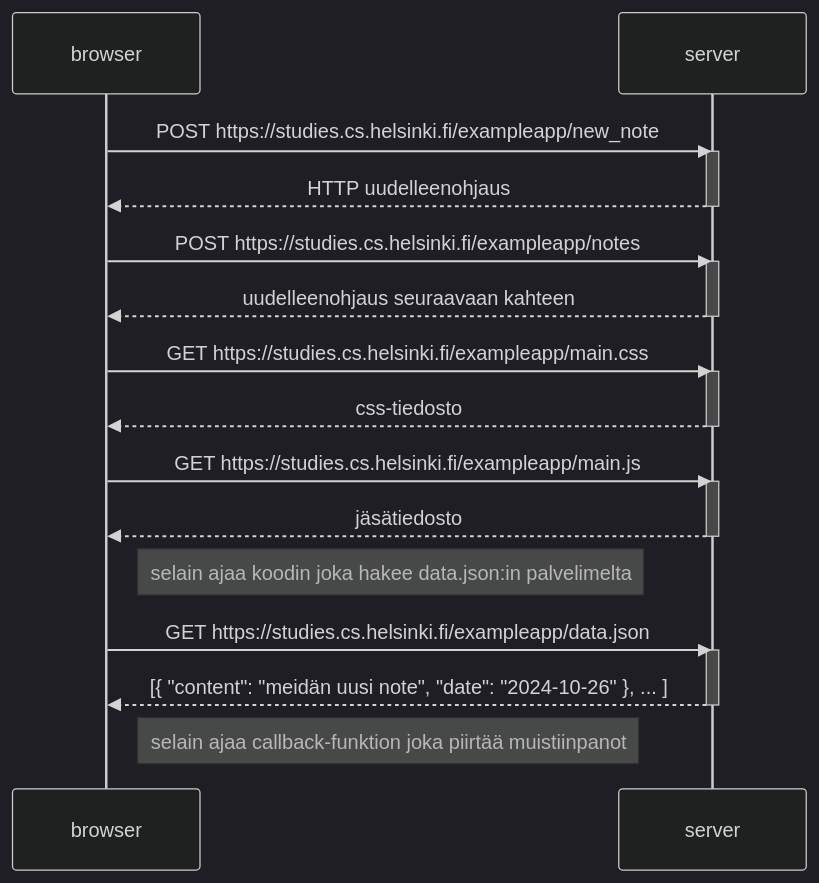
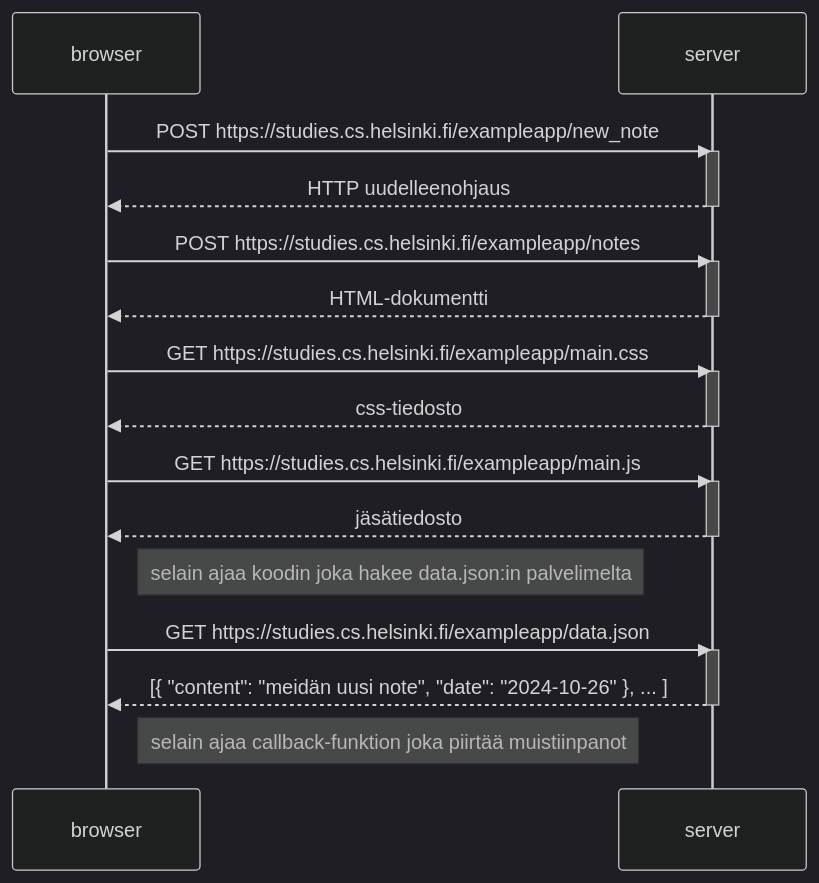
Before and after one commit to realtalin/fullstackopen: the diagram in osa0/tehtävä4.md, drawn with Mermaid (dark theme).

Commit message:
korjaa tehtävä4.md

````diff
--- a/osa0/tehtävä4.md
+++ b/osa0/tehtävä4.md
@@ -1,34 +1,34 @@
 ```mermaid
 sequenceDiagram
     participant browser
     participant server
 
     browser->>server: POST https://studies.cs.helsinki.fi/exampleapp/new_note
     activate server
     server-->>browser: HTTP uudelleenohjaus
     deactivate server
 
     browser->>server: POST https://studies.cs.helsinki.fi/exampleapp/notes
     activate server
-    server-->>browser: uudelleenohjaus seuraavaan kahteen
+    server-->>browser: HTML-dokumentti
     deactivate server
 
     browser->>server: GET https://studies.cs.helsinki.fi/exampleapp/main.css
     activate server
     server-->>browser: css-tiedosto
     deactivate server
 
     browser->>server: GET https://studies.cs.helsinki.fi/exampleapp/main.js
     activate server
     server-->>browser: jäsätiedosto
     deactivate server
 
     Note right of browser: selain ajaa koodin joka hakee data.json:in palvelimelta
 
     browser->>server: GET https://studies.cs.helsinki.fi/exampleapp/data.json
     activate server
     server-->>browser: [{ "content": "meidän uusi note", "date": "2024-10-26" }, ... ]
     deactivate server
 
     Note right of browser: selain ajaa callback-funktion joka piirtää muistiinpanot
 ```
````
